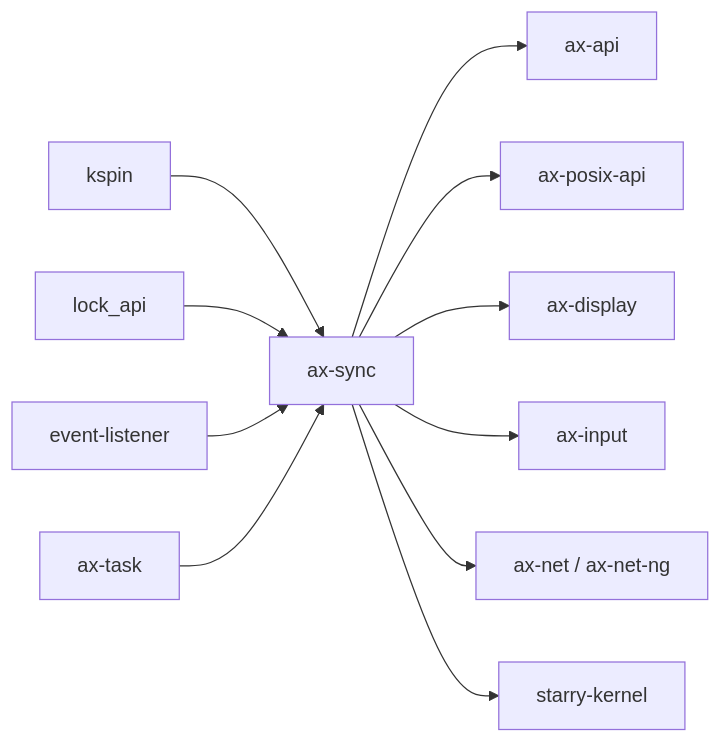
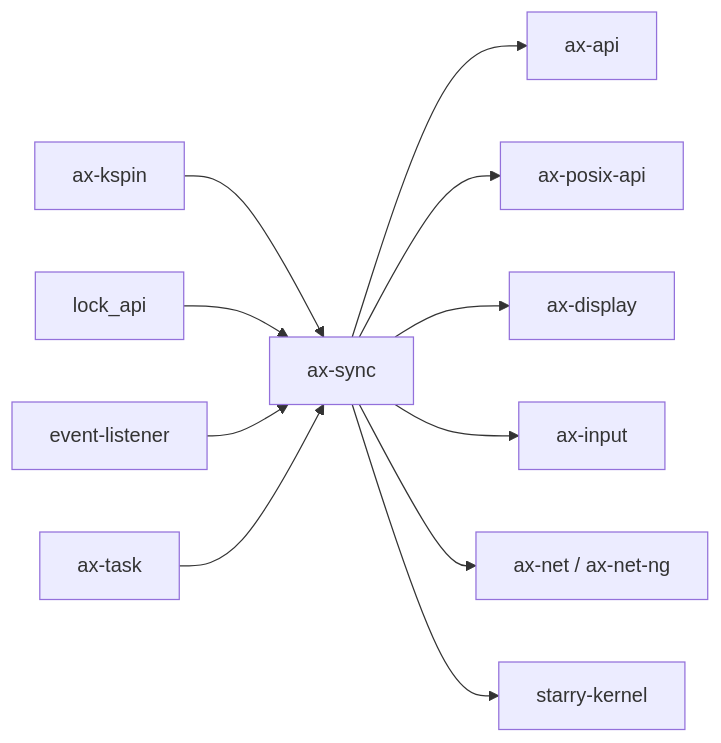
One commit to zKurisu/tgoskits changed the second of 2 diagrams in docs/crates/ax-sync.md. Above: the diagram before and after it, drawn with Mermaid. The commit also changed other lines of this file and 101 other files, not shown here.

````diff
--- a/docs/crates/ax-sync.md
+++ b/docs/crates/ax-sync.md
@@ -109,14 +109,14 @@
 ```mermaid
 graph LR
-    kspin["kspin"] --> ax-sync["ax-sync"]
+    ax_kspin["ax-kspin"] --> ax-sync["ax-sync"]
     lock_api["lock_api"] --> ax-sync
     event_listener["event-listener"] --> ax-sync
     ax-task["ax-task"] --> ax-sync
 
     ax-sync --> ax-api["ax-api"]
     ax-sync --> ax-posix-api["ax-posix-api"]
     ax-sync --> ax-display["ax-display"]
     ax-sync --> ax-input["ax-input"]
     ax-sync --> ax-net["ax-net / ax-net-ng"]
     ax-sync --> starry_kernel["starry-kernel"]
 ```
````
